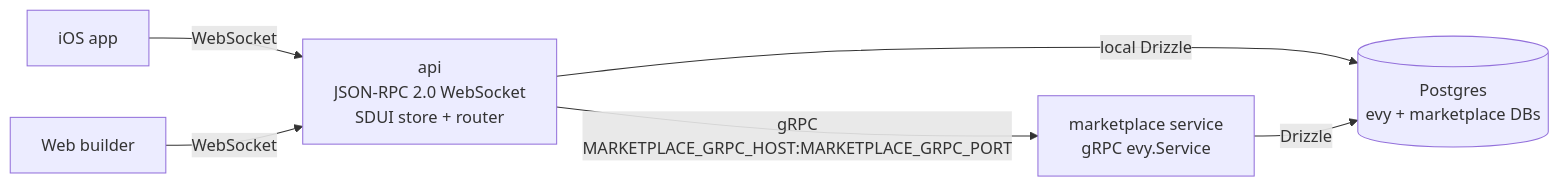
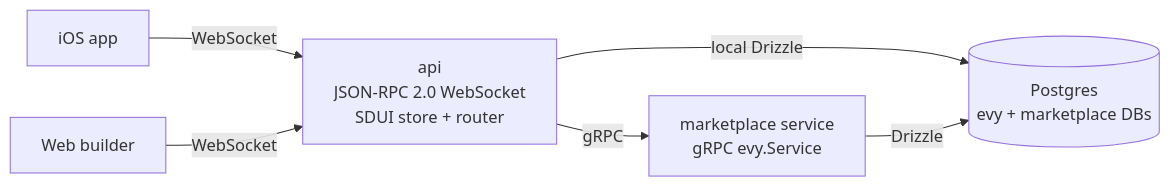
The diagram in README.md (EVY-Platform/evy), drawn with Mermaid before and after one commit. The commit also changed other lines of this file, not shown here.

````diff
--- a/README.md
+++ b/README.md
@@ -9,15 +9,15 @@
 ```mermaid
 flowchart LR
     ios[iOS app]
     web[Web builder]
 
     api[api<br/>JSON-RPC 2.0 WebSocket<br/>SDUI store + router]
     marketplace[marketplace service<br/>gRPC evy.Service]
     pg[(Postgres<br/>evy + marketplace DBs)]
 
     ios -- WebSocket --> api
     web -- WebSocket --> api
     api -- local Drizzle --> pg
-    api -- gRPC<br/>MARKETPLACE_GRPC_HOST:MARKETPLACE_GRPC_PORT --> marketplace
+    api -- gRPC --> marketplace
     marketplace -- Drizzle --> pg
 ```
````
